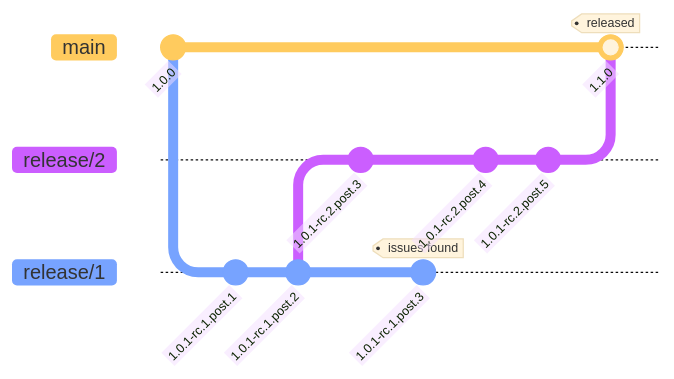
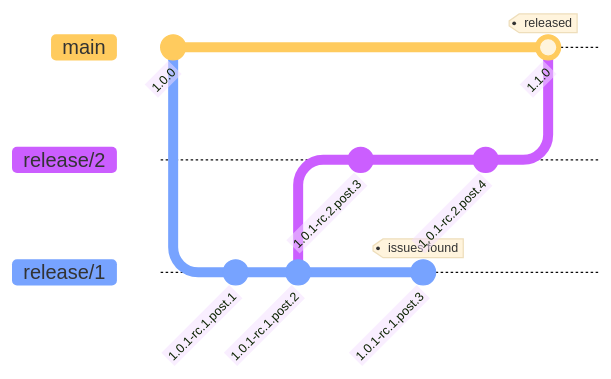
Before and after one commit to wislertt/zerv: the third of 3 diagrams in .claude/plan/32-zerv-flow-implementation-plan.md, drawn with Mermaid. The commit also changed other lines of this file and 2 other files, not shown here.

````diff
--- a/.claude/plan/32-zerv-flow-implementation-plan.md
+++ b/.claude/plan/32-zerv-flow-implementation-plan.md
@@ -288,38 +288,37 @@
 ```mermaid
 ---
 config:
   logLevel: 'debug'
   theme: 'base'
 ---
 gitGraph
     %% Step 1: Initial state: main branch
     commit id: "1.0.0"
 
     %% Step 2: Create release/1 from main for next release preparation
     branch release/1 order: 2
     checkout release/1
     commit id: "1.0.1-rc.1.post.1"
     commit id: "1.0.1-rc.1.post.2"
 
     %% Step 3: release/1 gets third commit, but critical issues discovered
     %% First, create release/2 from the SECOND commit (before issues)
     %% release/1 at commit 2: 1.0.1-rc.1.post.2, so release/2 continues from post.2
     checkout release/1
     branch release/2 order: 1
     checkout release/2
     commit id: "1.0.1-rc.2.post.3"
 
     %% Now go back to release/1 and add the problematic third commit
     checkout release/1
     commit id: "1.0.1-rc.1.post.3" tag: "issues found"
 
     %% Step 4: release/2 completes preparation successfully
     checkout release/2
     commit id: "1.0.1-rc.2.post.4"
-    commit id: "1.0.1-rc.2.post.5"
 
     %% Step 5: Merge release/2 to main and release v1.1.0
     %% Note: release/1 remains abandoned and never merged
     checkout main
     merge release/2 id: "1.1.0" tag: "released"
 ```
````
